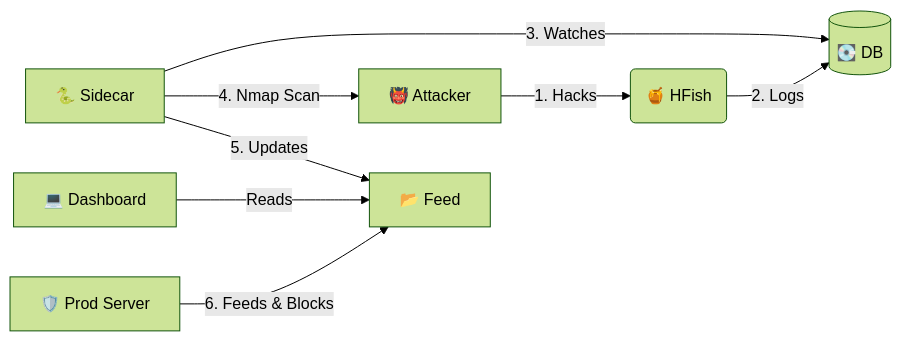
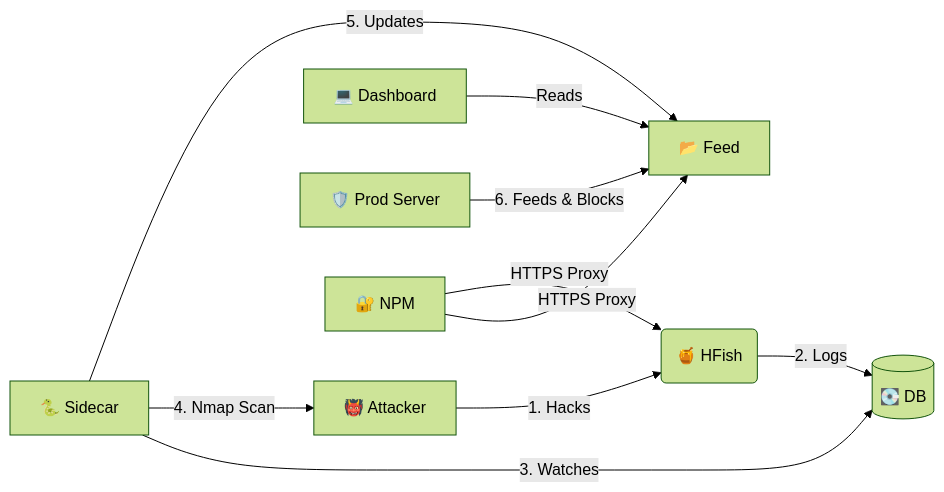
One commit to derlemue/honey-scan changed the diagram in README.md. Above: the diagram before and after it, drawn with Mermaid (forest theme). The commit also changed other lines of this file and 4 other files, not shown here.

Commit message:
feat: add nginx proxy manager and reconfigure ports for https

````diff
--- a/README.md
+++ b/README.md
@@ -41,10 +43,12 @@
 ```mermaid
 graph LR
     A[👹 Attacker] -- 1. Hacks --> B(🍯 HFish)
     B -- 2. Logs --> C[(💽 DB)]
     D[🐍 Sidecar] -- 3. Watches --> C
     D -- 4. Nmap Scan --> A
     D -- 5. Updates --> E[📂 Feed]
     F[💻 Dashboard] -- Reads --> E
     G[🛡️ Prod Server] -- 6. Feeds & Blocks --> E
+    H[🔐 NPM] -- HTTPS Proxy --> E
+    H -- HTTPS Proxy --> B
 ```
````
